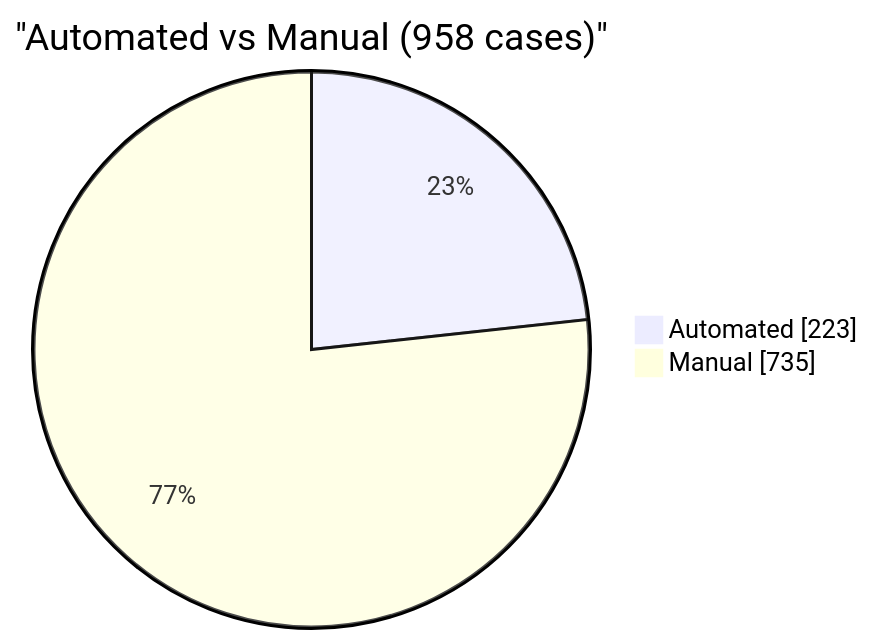
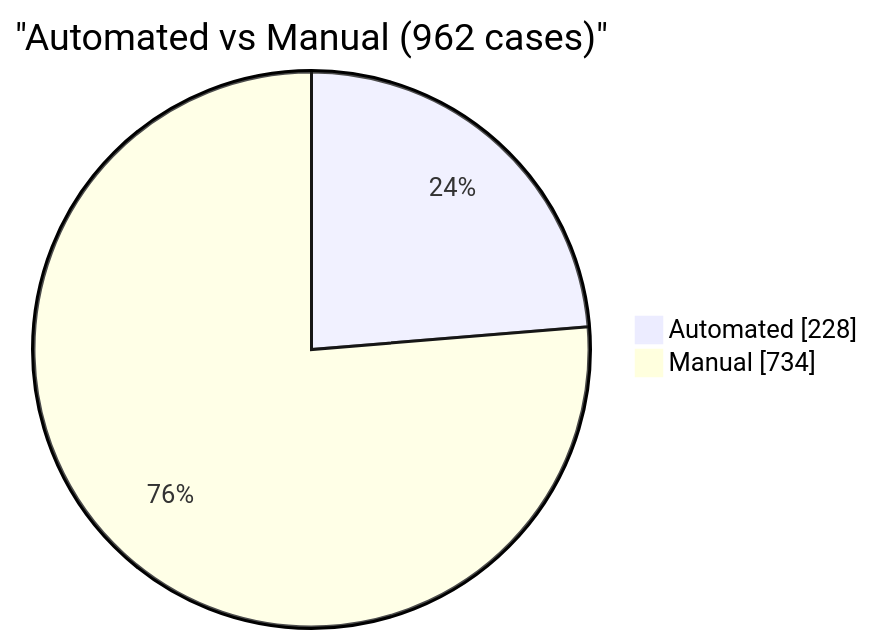
The fifth of 6 diagrams in reports/dashboard.md (EliteaAI/onetest-ai-tm-Elitea), drawn with Mermaid before and after one commit. The commit also changed other lines of this file and 1 other file, not shown here.

````diff
--- a/reports/dashboard.md
+++ b/reports/dashboard.md
@@ -107,6 +108,6 @@
 ```mermaid
 pie showData
-    title "Automated vs Manual (958 cases)"
-    "Automated" : 223
-    "Manual" : 735
+    title "Automated vs Manual (962 cases)"
+    "Automated" : 228
+    "Manual" : 734
 ```
````
